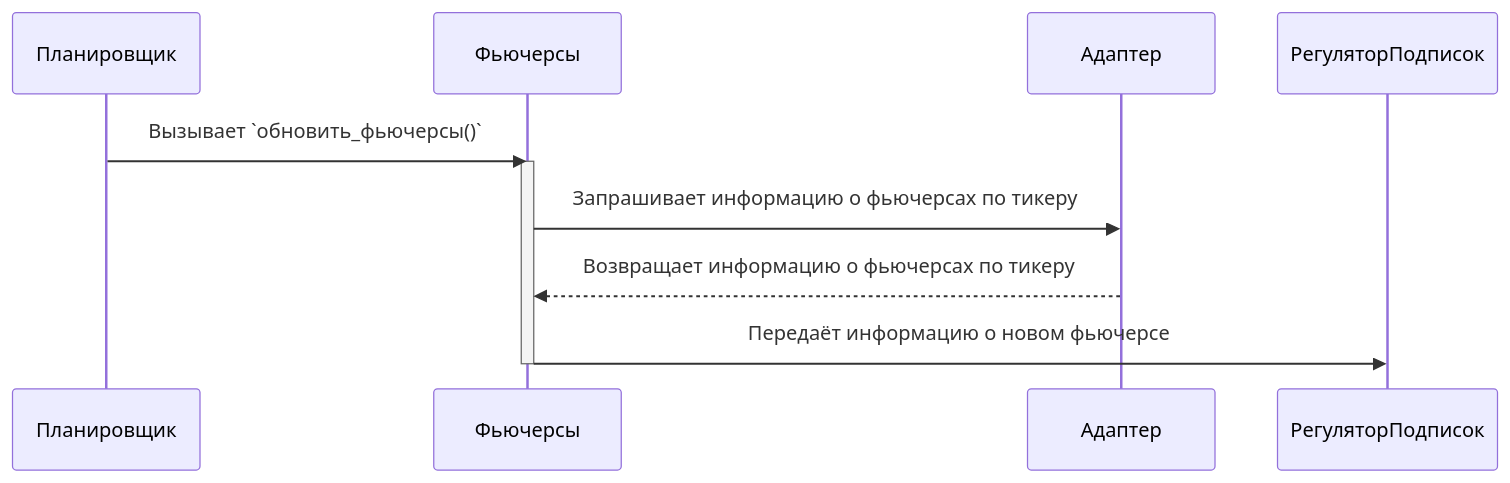
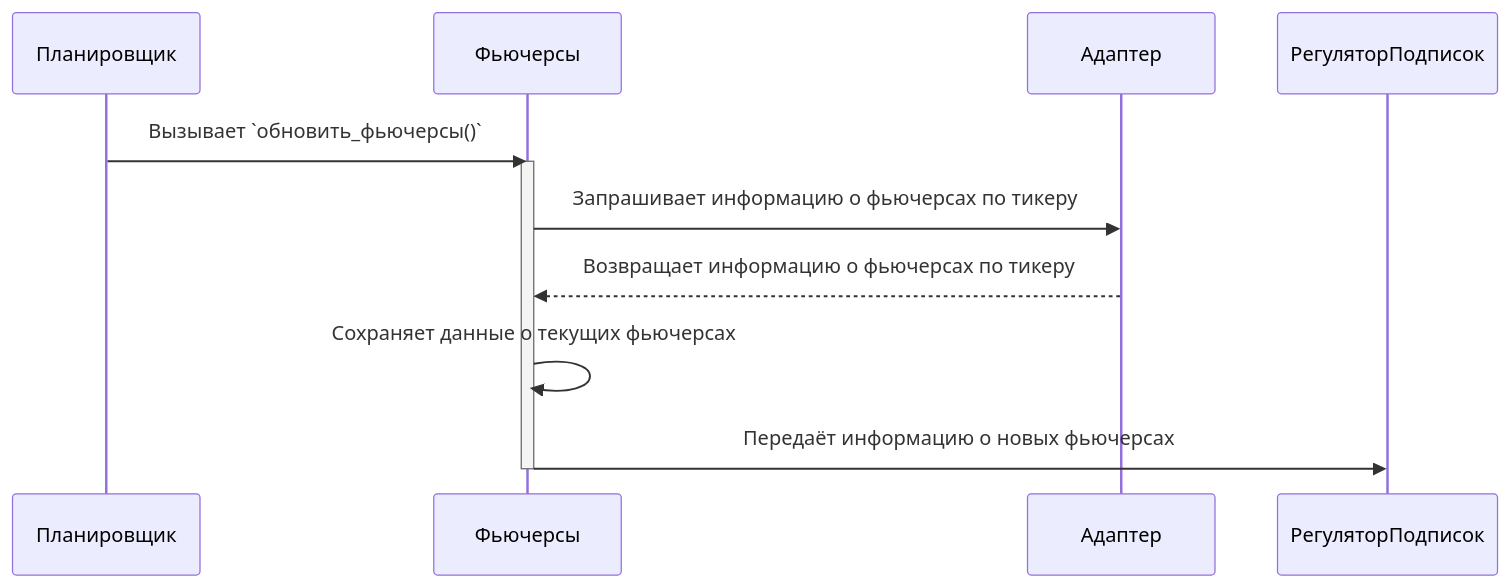
One commit to Marat22/MiriadRobotDocs changed the ninth of 15 diagrams in controller-logic.md. Above: the diagram before and after it, drawn with Mermaid. The commit also changed other lines of this file, not shown here.

Commit message:
Improve `Фьючерсы`

````diff
--- a/controller-logic.md
+++ b/controller-logic.md
@@ -287,10 +283,11 @@
 ```mermaid
 sequenceDiagram
   Планировщик->>Фьючерсы: Вызывает `обновить_фьючерсы()`
   activate Фьючерсы
   Фьючерсы->>Адаптер: Запрашивает информацию о фьючерсах по тикеру  
   Адаптер-->>Фьючерсы: Возвращает информацию о фьючерсах по тикеру  
-  Фьючерсы->>РегуляторПодписок: Передаёт информацию о новом фьючерсе
+  Фьючерсы->>Фьючерсы: Сохраняет данные о текущих фьючерсах
+  Фьючерсы->>РегуляторПодписок: Передаёт информацию о новых фьючерсах
   deactivate Фьючерсы
 
 ```
````
